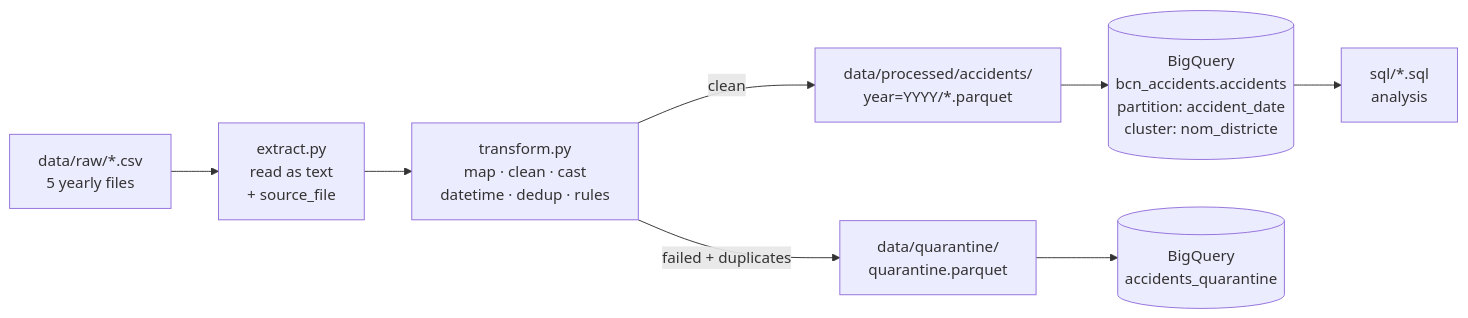
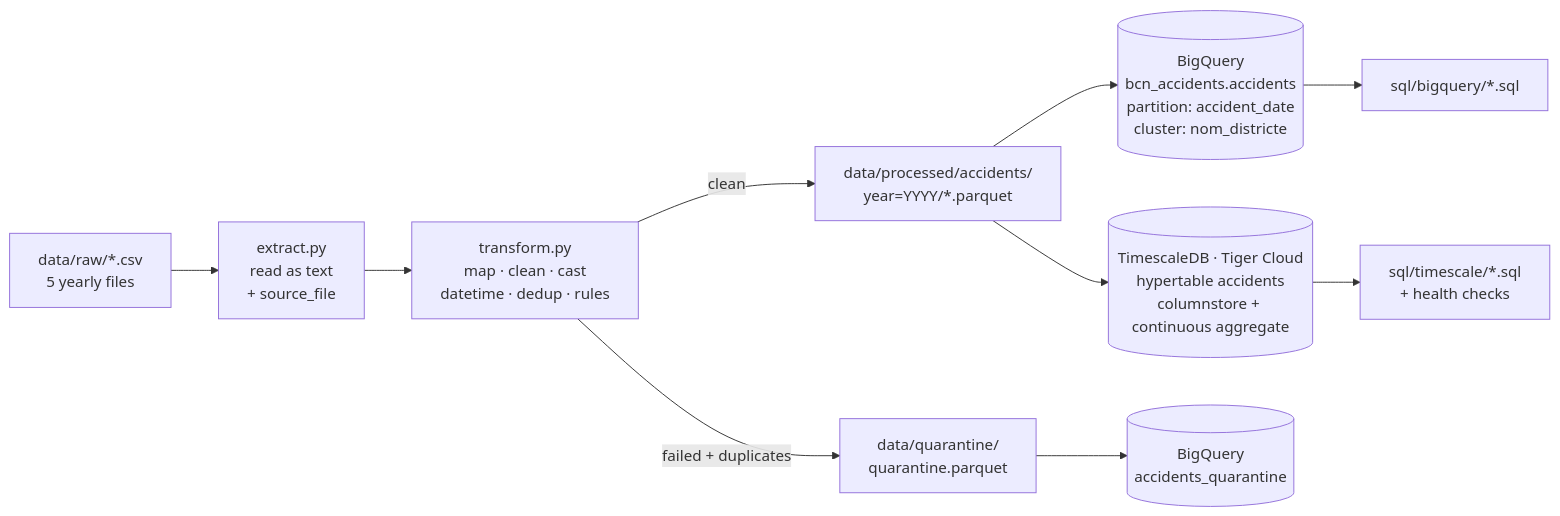
One commit to elviDev/bcn-accidents-etl changed the diagram in README.md. Above: the diagram before and after it, drawn with Mermaid. The commit also changed other lines of this file and 17 other files, not shown here.

First line of the commit message:
Add TimescaleDB on Tiger Cloud as a second load target

````diff
--- a/README.md
+++ b/README.md
@@ -29,10 +34,12 @@
 ```mermaid
 flowchart LR
     A[data/raw/*.csv<br/>5 yearly files] --> B[extract.py<br/>read as text<br/>+ source_file]
     B --> C[transform.py<br/>map · clean · cast<br/>datetime · dedup · rules]
     C -->|clean| D[data/processed/accidents/<br/>year=YYYY/*.parquet]
     C -->|failed + duplicates| E[data/quarantine/<br/>quarantine.parquet]
     D --> F[(BigQuery<br/>bcn_accidents.accidents<br/>partition: accident_date<br/>cluster: nom_districte)]
     E --> G[(BigQuery<br/>accidents_quarantine)]
-    F --> H[sql/*.sql<br/>analysis]
+    D --> T[(TimescaleDB · Tiger Cloud<br/>hypertable accidents<br/>columnstore + continuous aggregate)]
+    F --> H[sql/bigquery/*.sql]
+    T --> I[sql/timescale/*.sql<br/>+ health checks]
 ```
````
